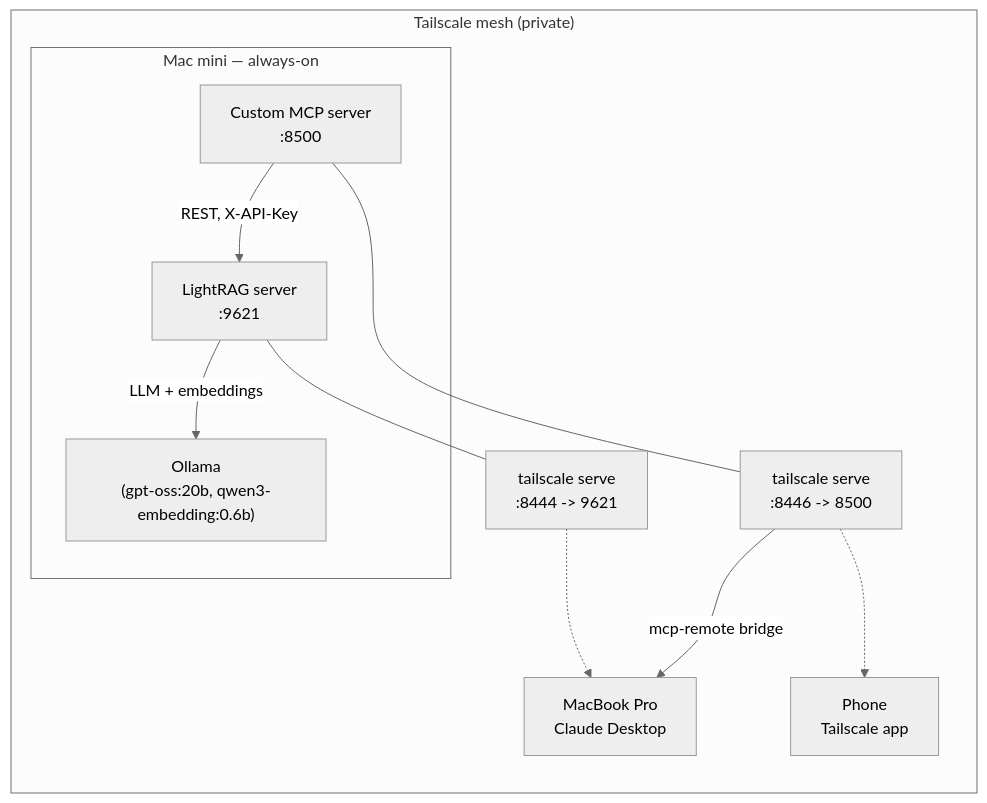
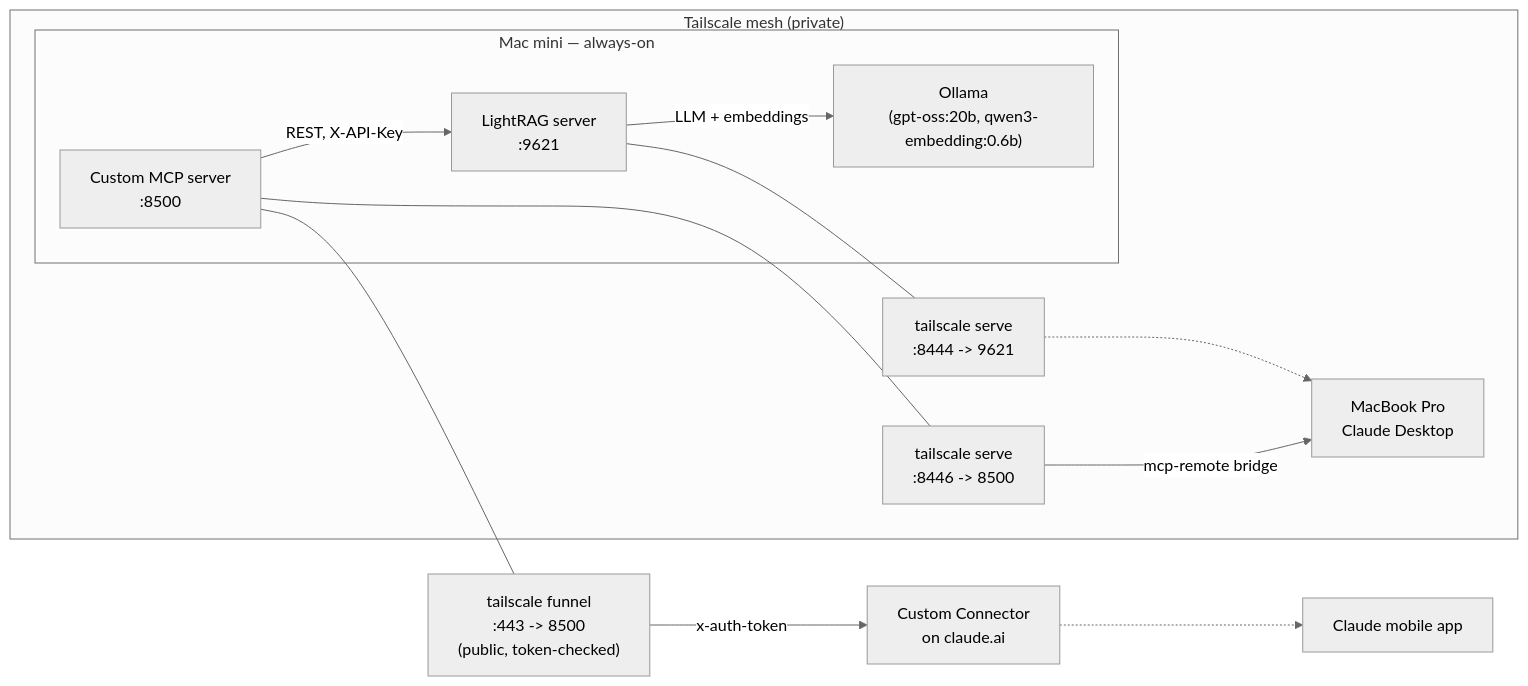
The diagram in docs/03-lightrag-mcp-memory.md (alessandroiori/mac-mini-ai-server), drawn with Mermaid (neutral theme) before and after one commit. The commit also changed other lines of this file and 5 other files, not shown here.

First line of the commit message:
Split lightrag-mcp into simple (stdio) and remote (streamable-http + auth) versions

````diff
--- a/docs/03-lightrag-mcp-memory.md
+++ b/docs/03-lightrag-mcp-memory.md
@@ -13,21 +14,25 @@
 ```mermaid
 flowchart LR
     subgraph tailnet["Tailscale mesh (private)"]
         subgraph mini["Mac mini — always-on"]
             ollama["Ollama\n(gpt-oss:20b, qwen3-embedding:0.6b)"]
             lightrag["LightRAG server\n:9621"]
             mcp["Custom MCP server\n:8500"]
             lightrag -->|LLM + embeddings| ollama
             mcp -->|REST, X-API-Key| lightrag
         end
         serve1["tailscale serve\n:8444 -> 9621"]
         serve2["tailscale serve\n:8446 -> 8500"]
         lightrag --- serve1
         mcp --- serve2
         laptop["MacBook Pro\nClaude Desktop"]
-        phone["Phone\nTailscale app"]
         serve1 -.-> laptop
         serve2 -->|mcp-remote bridge| laptop
-        serve2 -.-> phone
     end
+    funnel["tailscale funnel\n:443 -> 8500\n(public, token-checked)"]
+    mcp --- funnel
+    phone["Claude mobile app"]
+    connector["Custom Connector\non claude.ai"]
+    funnel -->|x-auth-token| connector
+    connector -.-> phone
 ```
````
